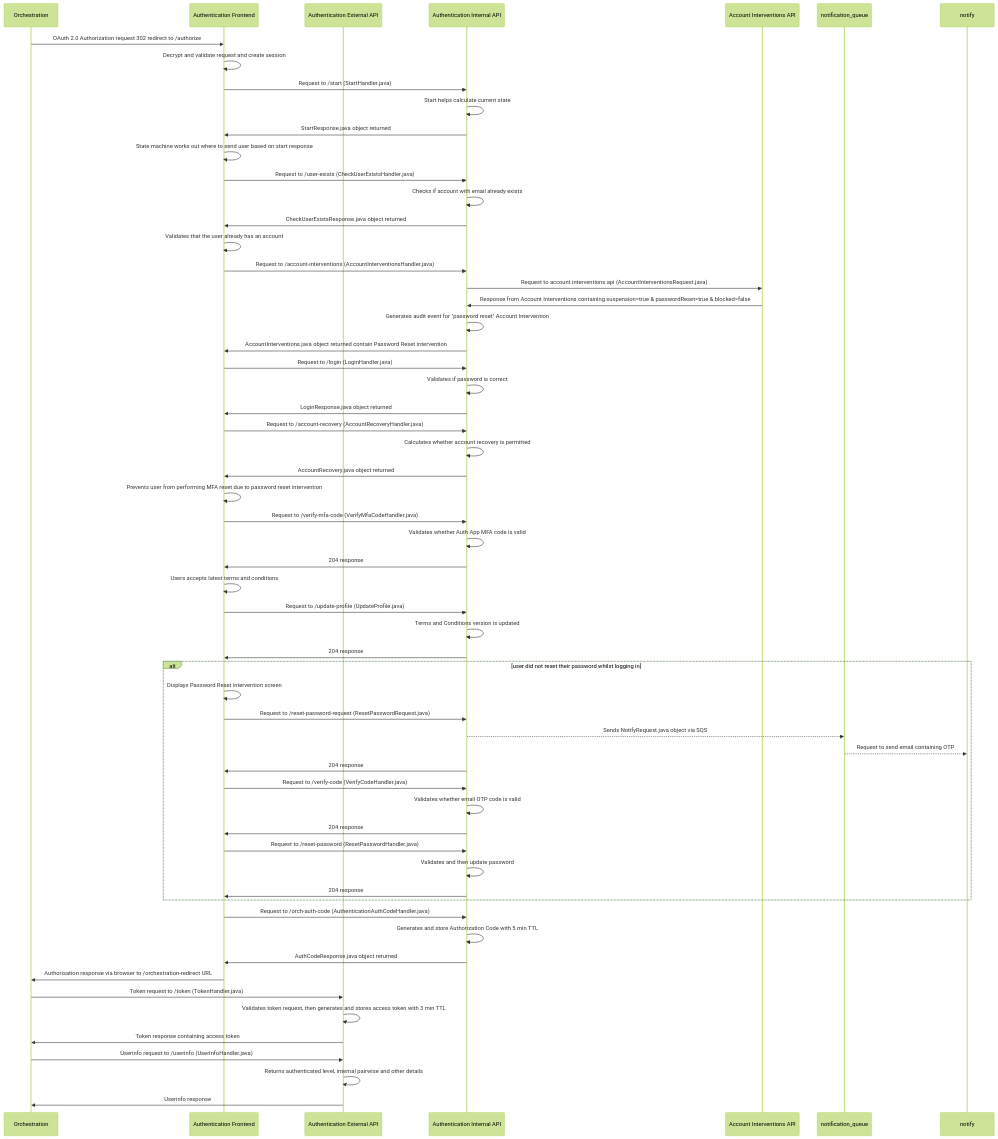
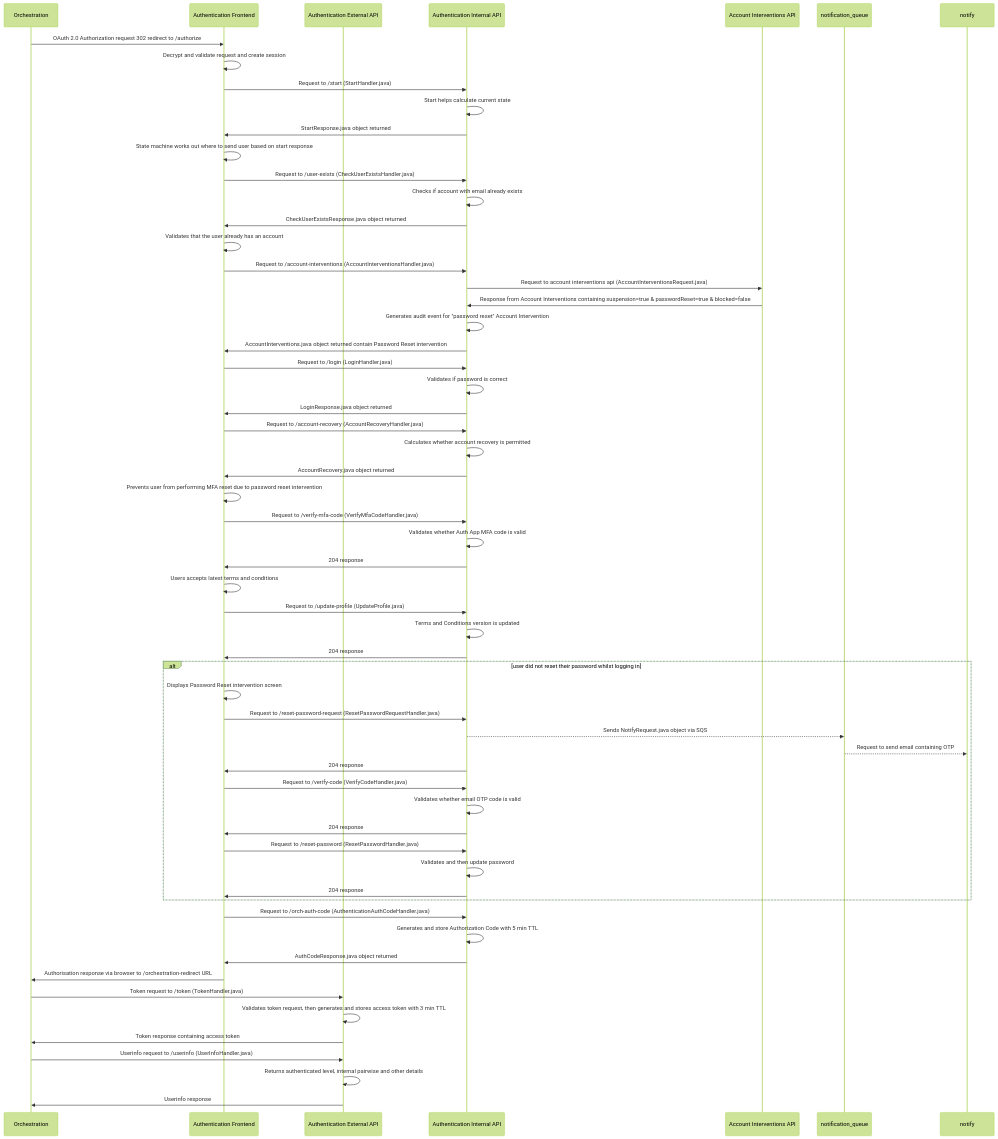
Before and after one commit to govuk-one-login/authentication-api: the diagram in docs/diagrams/authentication/login/account-interventions/medium-terms-and-conditions-auth-app/login-terms-medium-level-auth-app-password-reset-intervention.mmd, drawn with Mermaid (forest theme). The commit also changed 9 other files, not shown here.

Commit message:
BAU: Fix ResetPasswordRequest.java → ResetPasswordRequestHandler.java in diagram annotations

```diff
--- a/docs/diagrams/authentication/login/account-interventions/medium-terms-and-conditions-auth-app/login-terms-medium-level-auth-app-password-reset-intervention.mmd
+++ b/docs/diagrams/authentication/login/account-interventions/medium-terms-and-conditions-auth-app/login-terms-medium-level-auth-app-password-reset-intervention.mmd
@@ -1,58 +1,58 @@
 sequenceDiagram
     participant orch_api as Orchestration
     participant auth_frontend as Authentication Frontend
     participant auth_external_api as Authentication External API
     participant auth_internal_api as Authentication Internal API 
     participant account_interventions as Account Interventions API   
     orch_api ->> auth_frontend : OAuth 2.0 Authorization request 302 redirect to /authorize
     auth_frontend ->> auth_frontend : Decrypt and validate request and create session    
     auth_frontend ->> auth_internal_api : Request to /start (StartHandler.java)
     auth_internal_api ->> auth_internal_api : Start helps calculate current state
     auth_internal_api ->> auth_frontend : StartResponse.java object returned
     auth_frontend ->> auth_frontend : State machine works out where to send user based on start response
     auth_frontend ->> auth_internal_api : Request to /user-exists (CheckUserExistsHandler.java)
     auth_internal_api ->> auth_internal_api : Checks if account with email already exists
     auth_internal_api ->> auth_frontend: CheckUserExistsResponse.java object returned
     auth_frontend ->> auth_frontend: Validates that the user already has an account
     auth_frontend ->> auth_internal_api : Request to /account-interventions (AccountInterventionsHandler.java)
     auth_internal_api ->> account_interventions : Request to account interventions api (AccountInterventionsRequest.java)
     account_interventions ->> auth_internal_api : Response from Account Interventions containing suspension=true & passwordReset=true & blocked=false
     auth_internal_api ->> auth_internal_api : Generates audit event for "password reset" Account Intervention
     auth_internal_api ->> auth_frontend: AccountInterventions.java object returned contain Password Reset intervention
     auth_frontend ->> auth_internal_api : Request to /login (LoginHandler.java)
     auth_internal_api ->> auth_internal_api : Validates if password is correct
     auth_internal_api ->> auth_frontend: LoginResponse.java object returned
     auth_frontend ->> auth_internal_api : Request to /account-recovery (AccountRecoveryHandler.java)
     auth_internal_api ->> auth_internal_api : Calculates whether account recovery is permitted
     auth_internal_api ->> auth_frontend: AccountRecovery.java object returned
     auth_frontend ->> auth_frontend : Prevents user from performing MFA reset due to password reset intervention
     auth_frontend ->> auth_internal_api : Request to /verify-mfa-code (VerifyMfaCodeHandler.java)
     auth_internal_api ->> auth_internal_api : Validates whether Auth App MFA code is valid
     auth_internal_api ->> auth_frontend: 204 response 
     auth_frontend ->> auth_frontend: Users accepts latest terms and conditions
     auth_frontend ->> auth_internal_api : Request to /update-profile (UpdateProfile.java)
     auth_internal_api ->> auth_internal_api : Terms and Conditions version is updated
     auth_internal_api ->> auth_frontend: 204 response
     alt user did not reset their password whilst logging in
         auth_frontend ->> auth_frontend : Displays Password Reset intervention screen
-        auth_frontend ->> auth_internal_api : Request to /reset-password-request (ResetPasswordRequest.java)
+        auth_frontend ->> auth_internal_api : Request to /reset-password-request (ResetPasswordRequestHandler.java)
         auth_internal_api -->> notification_queue : Sends NotifyRequest.java object via SQS
         notification_queue -->> notify : Request to send email containing OTP 
         auth_internal_api ->> auth_frontend: 204 response
         auth_frontend ->> auth_internal_api : Request to /verify-code (VerifyCodeHandler.java)
         auth_internal_api ->> auth_internal_api : Validates whether email OTP code is valid
         auth_internal_api ->> auth_frontend: 204 response
         auth_frontend ->> auth_internal_api : Request to /reset-password (ResetPasswordHandler.java)
         auth_internal_api ->> auth_internal_api : Validates and then update password
         auth_internal_api ->> auth_frontend: 204 response
     end
     auth_frontend ->> auth_internal_api : Request to /orch-auth-code (AuthenticationAuthCodeHandler.java)
     auth_internal_api ->> auth_internal_api : Generates and store Authorization Code with 5 min TTL
     auth_internal_api ->> auth_frontend: AuthCodeResponse.java object returned
     auth_frontend ->> orch_api : Authorisation response via browser to /orchestration-redirect URL
     orch_api ->> auth_external_api: Token request to /token (TokenHandler.java)
     auth_external_api ->> auth_external_api : Validates token request, then generates and stores access token with 3 min TTL
     auth_external_api ->> orch_api : Token response containing access token
     orch_api ->> auth_external_api: Userinfo request to /userinfo (UserInfoHandler.java)
     auth_external_api ->> auth_external_api: Returns authenticated level, internal pairwise and other details
     auth_external_api ->> orch_api : Userinfo response
```
